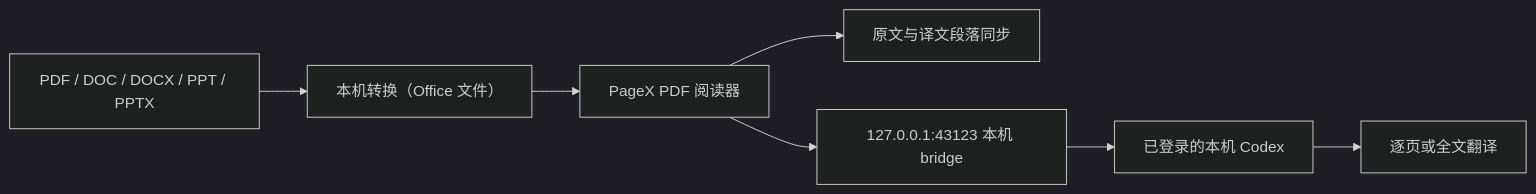
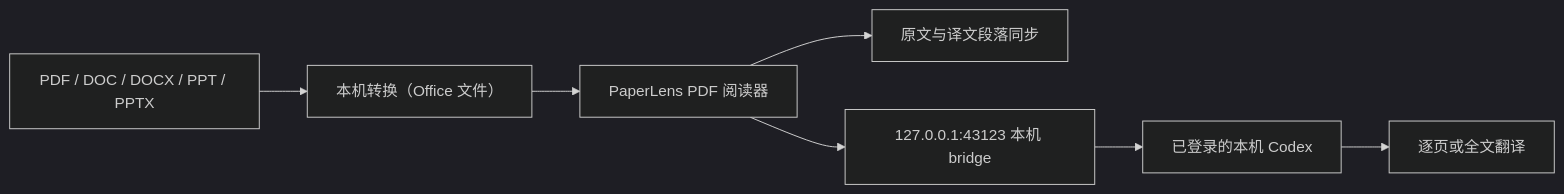
Before and after one commit to NaCr05/PaperLens: the diagram in README.md, drawn with Mermaid (dark theme). The commit also changed other lines of this file and 2 other files, not shown here.

Commit message:
docs: add PaperLens demo video and rename README branding

````diff
--- a/README.md
+++ b/README.md
@@ -32,9 +36,9 @@
 ```mermaid
 flowchart LR
   INPUT["PDF / DOC / DOCX / PPT / PPTX"] --> CONVERT["本机转换（Office 文件）"]
-  CONVERT --> READER["PageX PDF 阅读器"]
+  CONVERT --> READER["PaperLens PDF 阅读器"]
   READER --> SYNC["原文与译文段落同步"]
   READER --> BRIDGE["127.0.0.1:43123 本机 bridge"]
   BRIDGE --> CODEX["已登录的本机 Codex"]
   CODEX --> TRANSLATION["逐页或全文翻译"]
 ```
````
